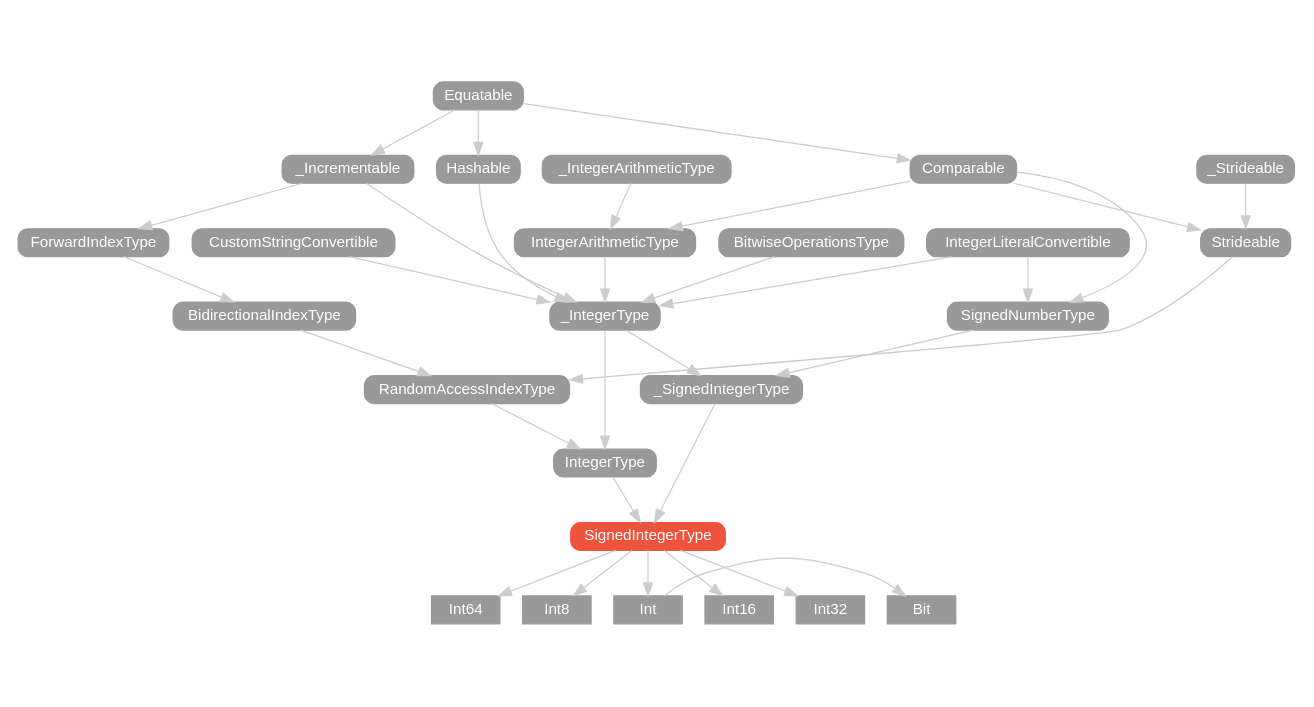
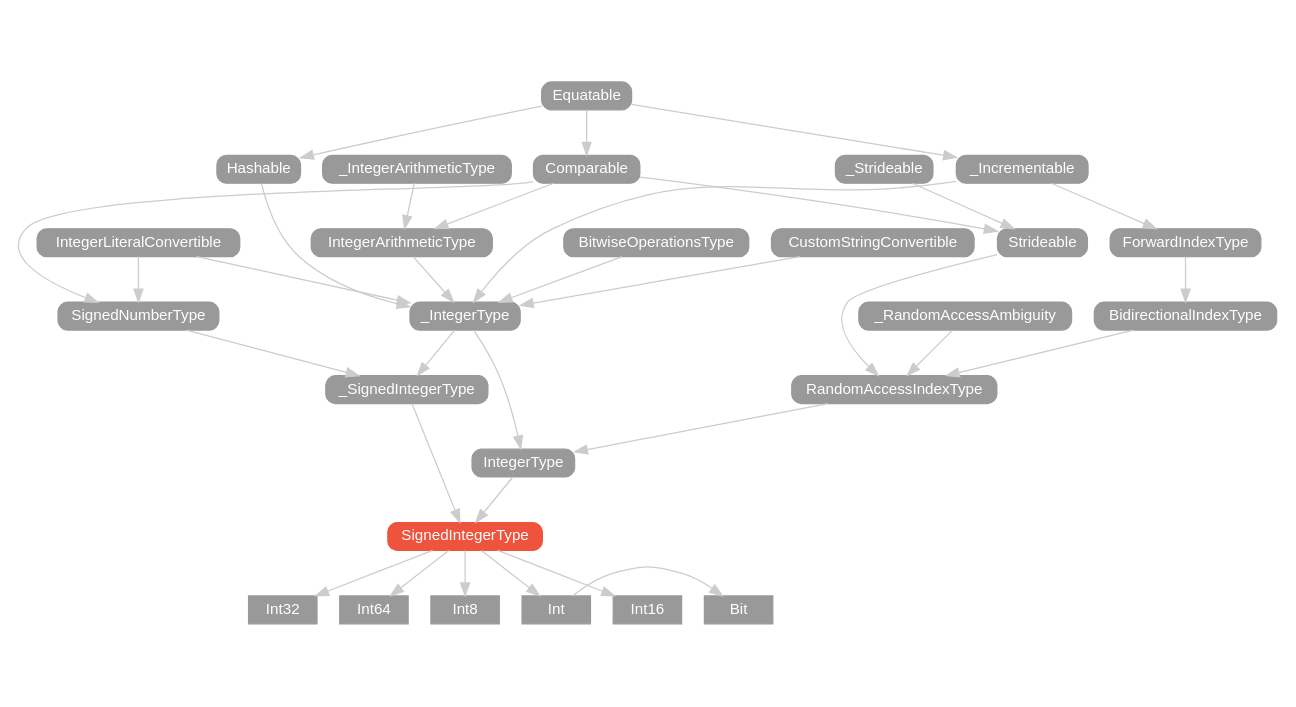
Before and after one commit to SwiftDoc/SwiftDoc.github.io: the diagram in swift-2/protocol/SignedIntegerType/hierarchy/index.dot, drawn with Graphviz. The commit also changed 1189 other files, not shown here.

```diff
--- a/swift-2/protocol/SignedIntegerType/hierarchy/index.dot
+++ b/swift-2/protocol/SignedIntegerType/hierarchy/index.dot
@@ -1,77 +1,79 @@
 strict digraph "SignedIntegerType - Type Hierarchy - SwiftDoc.org" {
     pad="0.1,0.8"
     node [shape=box, style="filled,rounded", color="#999999", fillcolor="#999999", fontcolor=white, fontname=Helvetica, fontnames="Helvetica,sansserif", fontsize=12, margin="0.07,0.05", height="0.3"]
     edge [color="#cccccc"]
     "BidirectionalIndexType" [URL="/protocol/BidirectionalIndexType/"]
     "Bit" [URL="/type/Bit/", style=filled]
     "BitwiseOperationsType" [URL="/protocol/BitwiseOperationsType/"]
     "Comparable" [URL="/protocol/Comparable/"]
     "CustomStringConvertible" [URL="/protocol/CustomStringConvertible/"]
     "Equatable" [URL="/protocol/Equatable/"]
     "ForwardIndexType" [URL="/protocol/ForwardIndexType/"]
     "Hashable" [URL="/protocol/Hashable/"]
     "Int" [URL="/type/Int/", style=filled]
     "Int16" [URL="/type/Int16/", style=filled]
     "Int32" [URL="/type/Int32/", style=filled]
     "Int64" [URL="/type/Int64/", style=filled]
     "Int8" [URL="/type/Int8/", style=filled]
     "IntegerArithmeticType" [URL="/protocol/IntegerArithmeticType/"]
     "IntegerLiteralConvertible" [URL="/protocol/IntegerLiteralConvertible/"]
     "IntegerType" [URL="/protocol/IntegerType/"]
     "RandomAccessIndexType" [URL="/protocol/RandomAccessIndexType/"]
     "SignedIntegerType" [URL="/protocol/SignedIntegerType/", style="filled,rounded", fillcolor="#ee543d", color="#ee543d"]
     "SignedNumberType" [URL="/protocol/SignedNumberType/"]
     "Strideable" [URL="/protocol/Strideable/"]
     "_Incrementable" [URL="/protocol/_Incrementable/"]
     "_IntegerArithmeticType" [URL="/protocol/_IntegerArithmeticType/"]
     "_IntegerType" [URL="/protocol/_IntegerType/"]
+    "_RandomAccessAmbiguity" [URL="/protocol/_RandomAccessAmbiguity/"]
     "_SignedIntegerType" [URL="/protocol/_SignedIntegerType/"]
     "_Strideable" [URL="/protocol/_Strideable/"]    "SignedIntegerType" -> "Int"
     "SignedIntegerType" -> "Int16"
     "SignedIntegerType" -> "Int32"
     "SignedIntegerType" -> "Int64"
     "SignedIntegerType" -> "Int8"
     "Int" -> "Bit"
     "_SignedIntegerType" -> "SignedIntegerType"
     "IntegerType" -> "SignedIntegerType"
     "_IntegerType" -> "_SignedIntegerType"
     "SignedNumberType" -> "_SignedIntegerType"
     "IntegerLiteralConvertible" -> "_IntegerType"
     "CustomStringConvertible" -> "_IntegerType"
     "Hashable" -> "_IntegerType"
     "IntegerArithmeticType" -> "_IntegerType"
     "BitwiseOperationsType" -> "_IntegerType"
     "_Incrementable" -> "_IntegerType"
     "Equatable" -> "Hashable"
     "_IntegerArithmeticType" -> "IntegerArithmeticType"
     "Comparable" -> "IntegerArithmeticType"
     "Equatable" -> "Comparable"
     "Equatable" -> "_Incrementable"
     "Comparable" -> "SignedNumberType"
     "IntegerLiteralConvertible" -> "SignedNumberType"
     "Equatable" -> "Comparable"
     "_IntegerType" -> "IntegerType"
     "RandomAccessIndexType" -> "IntegerType"
     "IntegerLiteralConvertible" -> "_IntegerType"
     "CustomStringConvertible" -> "_IntegerType"
     "Hashable" -> "_IntegerType"
     "IntegerArithmeticType" -> "_IntegerType"
     "BitwiseOperationsType" -> "_IntegerType"
     "_Incrementable" -> "_IntegerType"
     "Equatable" -> "Hashable"
     "_IntegerArithmeticType" -> "IntegerArithmeticType"
     "Comparable" -> "IntegerArithmeticType"
     "Equatable" -> "Comparable"
     "Equatable" -> "_Incrementable"
     "BidirectionalIndexType" -> "RandomAccessIndexType"
     "Strideable" -> "RandomAccessIndexType"
+    "_RandomAccessAmbiguity" -> "RandomAccessIndexType"
     "ForwardIndexType" -> "BidirectionalIndexType"
     "_Incrementable" -> "ForwardIndexType"
     "Equatable" -> "_Incrementable"
     "Comparable" -> "Strideable"
     "_Strideable" -> "Strideable"
     "Equatable" -> "Comparable"
     subgraph Types {
         rank = max; "Int"; "Int16"; "Int32"; "Int64"; "Int8"; "Bit";
     }
 }
```
